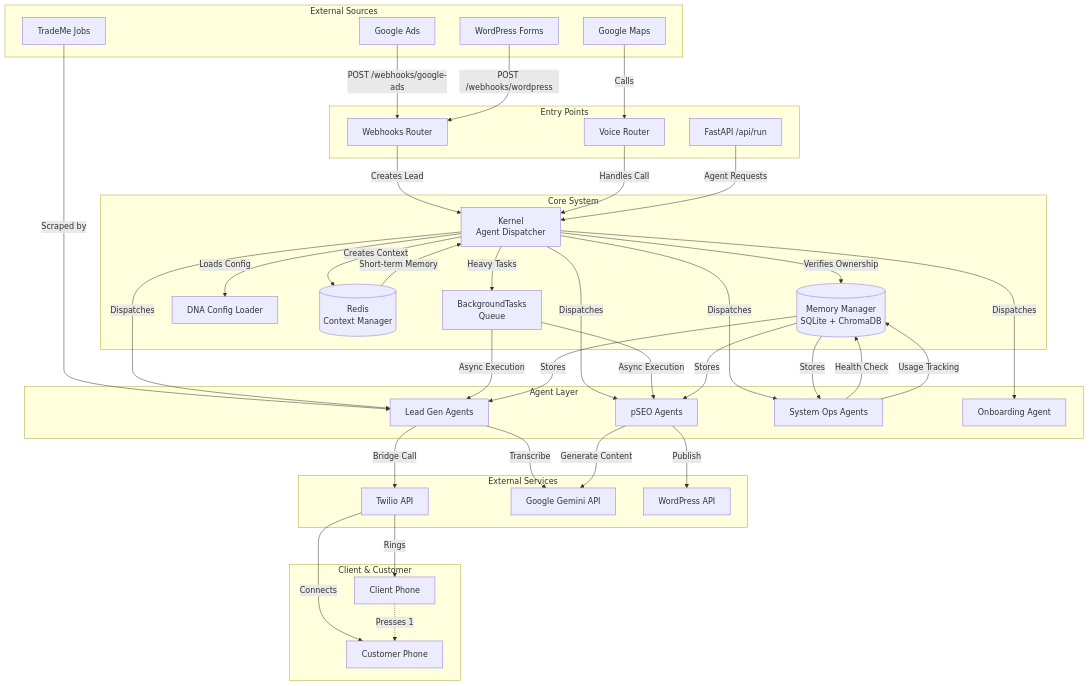
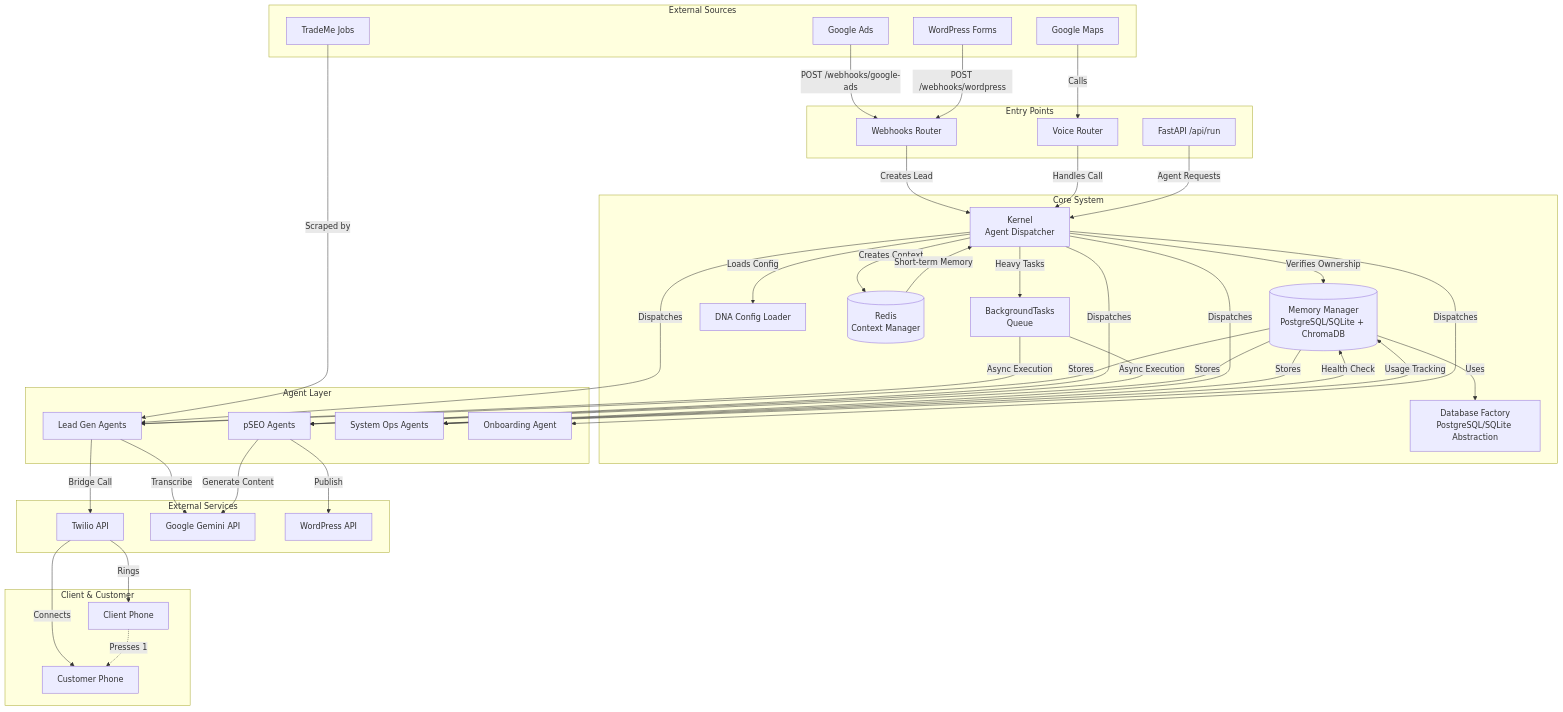
One commit to aryanjohari/vertical-operating-system changed the first of 4 diagrams in ARCHITECTURE.md. Above: the diagram before and after it, drawn with Mermaid. The commit also changed other lines of this file and 5 other files, not shown here.

````diff
--- a/ARCHITECTURE.md
+++ b/ARCHITECTURE.md
@@ -79,78 +79,80 @@
 ```mermaid
 graph TB
     subgraph "External Sources"
         GA[Google Ads]
         WP[WordPress Forms]
         TM[TradeMe Jobs]
         MAPS[Google Maps]
     end
 
     subgraph "Entry Points"
         WH[Webhooks Router]
         VR[Voice Router]
         API[FastAPI /api/run]
     end
 
     subgraph "Core System"
         K[Kernel<br/>Agent Dispatcher]
-        MEM[(Memory Manager<br/>SQLite + ChromaDB)]
+        MEM[(Memory Manager<br/>PostgreSQL/SQLite + ChromaDB)]
+        DBF[Database Factory<br/>PostgreSQL/SQLite Abstraction]
         DNA[DNA Config Loader]
         REDIS[(Redis<br/>Context Manager)]
         BG[BackgroundTasks<br/>Queue]
     end
 
     subgraph "Agent Layer"
         LG[Lead Gen Agents]
         PSEO[pSEO Agents]
         SO[System Ops Agents]
         ONB[Onboarding Agent]
     end
 
     subgraph "External Services"
         TWILIO[Twilio API]
         GEMINI[Google Gemini API]
         WP_API[WordPress API]
     end
 
     subgraph "Client & Customer"
         BOSS[Client Phone]
         CUST[Customer Phone]
     end
 
     GA -->|POST /webhooks/google-ads| WH
     WP -->|POST /webhooks/wordpress| WH
     TM -->|Scraped by| LG
     MAPS -->|Calls| VR
 
     WH -->|Creates Lead| K
     VR -->|Handles Call| K
     API -->|Agent Requests| K
 
     K -->|Loads Config| DNA
     K -->|Verifies Ownership| MEM
+    MEM -->|Uses| DBF
     K -->|Creates Context| REDIS
     K -->|Dispatches| LG
     K -->|Dispatches| PSEO
     K -->|Dispatches| SO
     K -->|Dispatches| ONB
     K -->|Heavy Tasks| BG
 
     BG -->|Async Execution| LG
     BG -->|Async Execution| PSEO
 
     LG -->|Bridge Call| TWILIO
     LG -->|Transcribe| GEMINI
     PSEO -->|Generate Content| GEMINI
     PSEO -->|Publish| WP_API
     SO -->|Health Check| MEM
     SO -->|Usage Tracking| MEM
 
     TWILIO -->|Rings| BOSS
     TWILIO -->|Connects| CUST
     BOSS -.->|Presses 1| CUST
 
     MEM -->|Stores| LG
     MEM -->|Stores| PSEO
     MEM -->|Stores| SO
     REDIS -->|Short-term Memory| K
 ```
````
